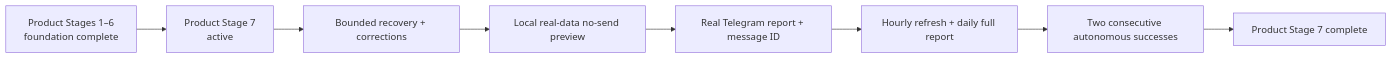
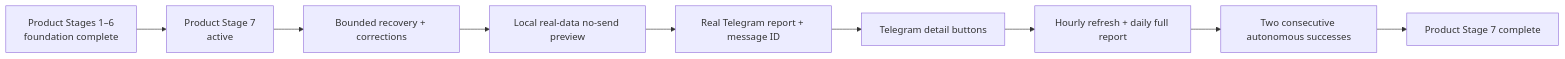
One commit to Daisuke134/anicca changed the first of 9 diagrams in docs/superpowers/specs/2026-08-06-life-manager-cfo-design.md. Above: the diagram before and after it, drawn with Mermaid. The commit also changed other lines of this file and 1 other file, not shown here.

Commit message:
docs(cfo): plan Telegram drill-down callbacks

````diff
--- a/docs/superpowers/specs/2026-08-06-life-manager-cfo-design.md
+++ b/docs/superpowers/specs/2026-08-06-life-manager-cfo-design.md
@@ -38,10 +38,11 @@
 ```mermaid
 flowchart LR
     S1[Product Stages 1–6\nfoundation complete] --> S7[Product Stage 7\nactive]
     S7 --> R[Bounded recovery + corrections]
     R --> P[Local real-data no-send preview]
     P --> T[Real Telegram report + message ID]
-    T --> H[Hourly refresh + daily full report]
+    T --> D[Telegram detail buttons]
+    D --> H[Hourly refresh + daily full report]
     H --> V[Two consecutive autonomous successes]
     V --> DONE[Product Stage 7 complete]
 ```
````
